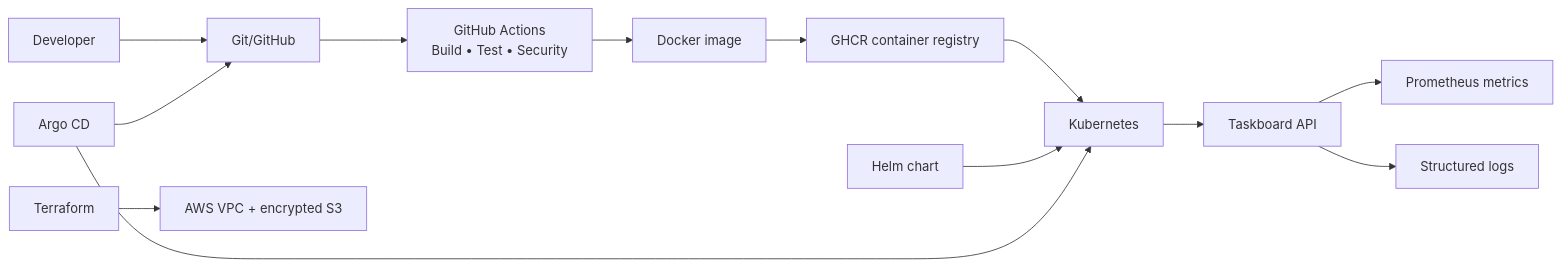
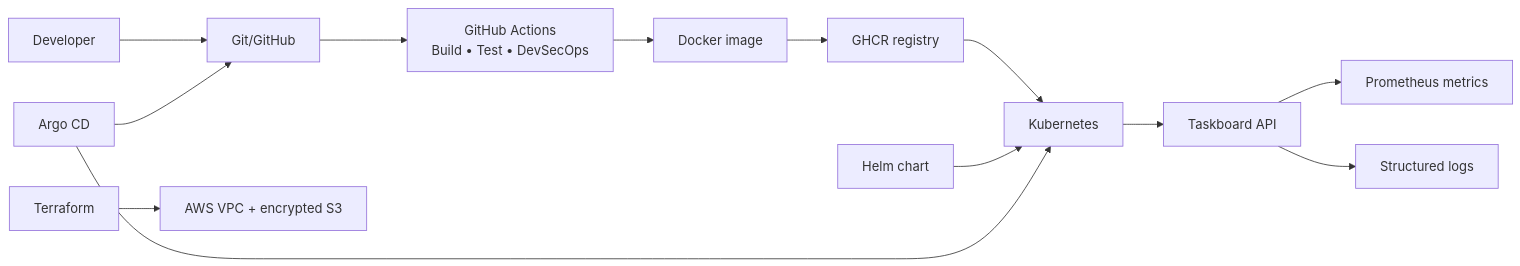
One commit to Pratham-Onkar-Singh/Devops-Class changed the diagram in Session-21 (Final DevOps Project & Troubleshooting)/README.md. Above: the diagram before and after it, drawn with Mermaid. The commit also changed other lines of this file and 16 other files, not shown here.

Commit message:
Add Final DevOps Project & Troubleshooting

````diff
--- a/Session-21 (Final DevOps Project & Troubleshooting)/README.md
+++ b/Session-21 (Final DevOps Project & Troubleshooting)/README.md
@@ -18,15 +40,15 @@
 ```mermaid
 flowchart LR
     DEV[Developer] --> GIT[Git/GitHub]
-    GIT --> CI[GitHub Actions\nBuild • Test • Security]
+    GIT --> CI[GitHub Actions\nBuild • Test • DevSecOps]
     CI --> IMG[Docker image]
-    IMG --> REG[GHCR container registry]
+    IMG --> REG[GHCR registry]
     REG --> K8S[Kubernetes]
     HELM[Helm chart] --> K8S
     K8S --> APP[Taskboard API]
     APP --> MET[Prometheus metrics]
     APP --> LOG[Structured logs]
     ARGO[Argo CD] --> K8S
     ARGO --> GIT
     TF[Terraform] --> AWS[AWS VPC + encrypted S3]
 ```
````
